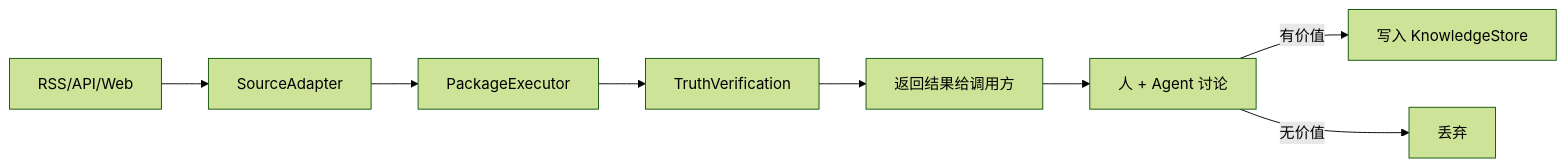
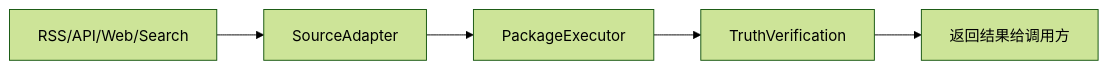
The diagram in docs/ingest/README.md (xinovate/linglong-knowledge), drawn with Mermaid (forest theme) before and after one commit. The commit also changed other lines of this file and 5 other files, not shown here.

````diff
--- a/docs/ingest/README.md
+++ b/docs/ingest/README.md
@@ -18,10 +38,7 @@
 ```mermaid
 graph LR
-    A[RSS/API/Web] --> B[SourceAdapter]
+    A[RSS/API/Web/Search] --> B[SourceAdapter]
     B --> C[PackageExecutor]
     C --> D[TruthVerification]
     D --> E[返回结果给调用方]
-    E --> F[人 + Agent 讨论]
-    F -->|有价值| G[写入 KnowledgeStore]
-    F -->|无价值| H[丢弃]
 ```
````
